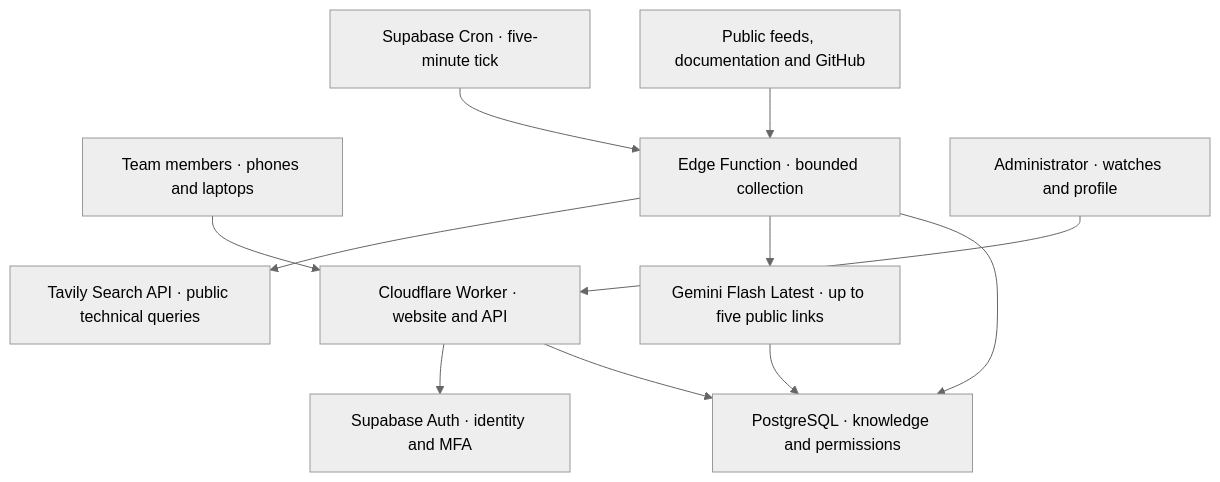
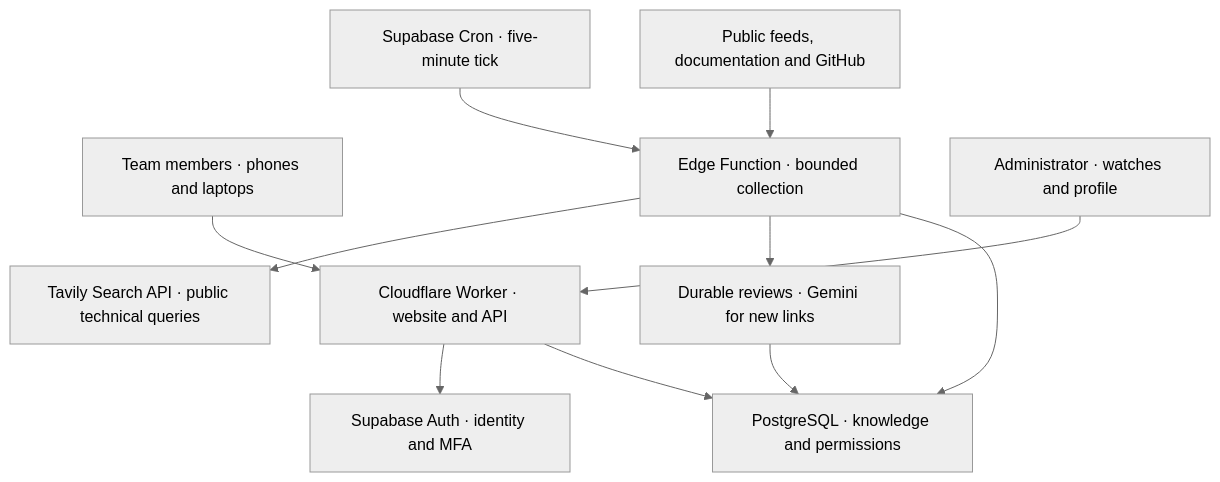
Before and after one commit to Idoheled/StackSignal: the first of 2 diagrams in README.md, drawn with Mermaid (neutral theme). The commit also changed other lines of this file and 19 other files, not shown here.

````diff
--- a/README.md
+++ b/README.md
@@ -67,13 +67,13 @@
 ```mermaid
 flowchart TD
   Team["Team members · phones and laptops"] --> Web["Cloudflare Worker · website and API"]
   Web --> Auth["Supabase Auth · identity and MFA"]
   Web --> Data["PostgreSQL · knowledge and permissions"]
   Schedule["Supabase Cron · five-minute tick"] --> Collector["Edge Function · bounded collection"]
   Public["Public feeds, documentation and GitHub"] --> Collector
   Collector --> Search["Tavily Search API · public technical queries"]
-  Collector --> Review["Gemini Flash Latest · up to five public links"]
+  Collector --> Review["Durable reviews · Gemini for new links"]
   Review --> Data
   Collector --> Data
   Admin["Administrator · watches and profile"] --> Web
 ```
````
